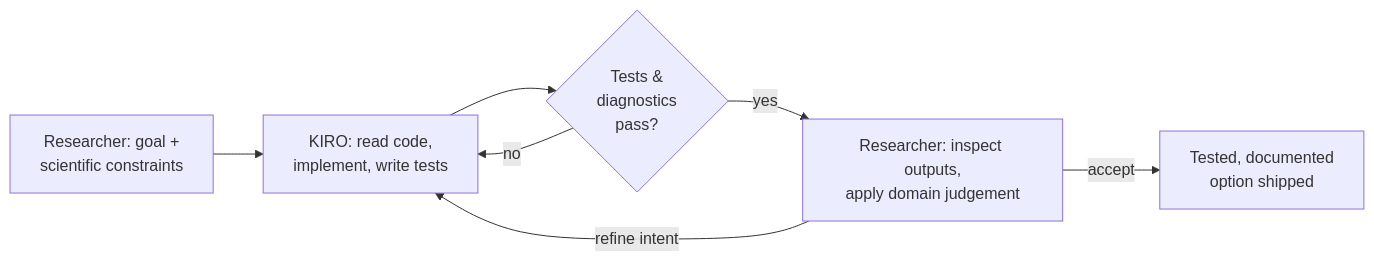
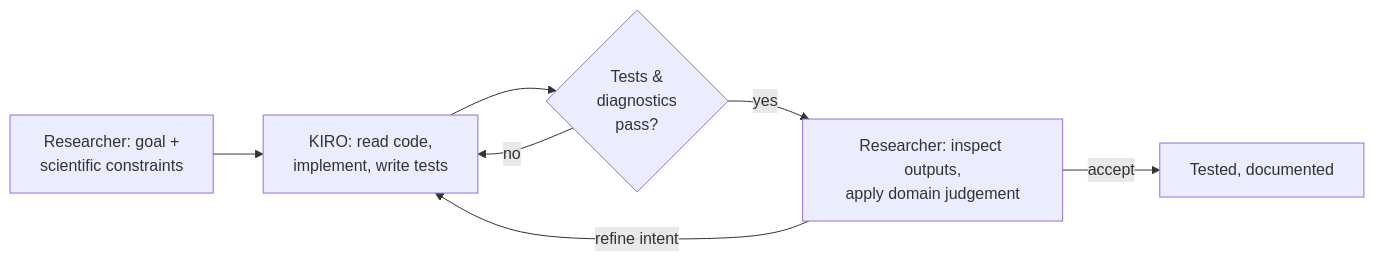
The second of 5 diagrams in flowcharts.md (TBreure/DayCent_emulator), drawn with Mermaid before and after one commit. The commit also changed other lines of this file, not shown here.

````diff
--- a/flowcharts.md
+++ b/flowcharts.md
@@ -34,9 +34,9 @@
 ```mermaid
 flowchart LR
     H1["Researcher: goal +<br/>scientific constraints"] --> AG["KIRO: read code,<br/>implement, write tests"]
     AG --> V{"Tests &<br/>diagnostics<br/>pass?"}
     V -- no --> AG
     V -- yes --> H2["Researcher: inspect outputs,<br/>apply domain judgement"]
     H2 -- "refine intent" --> AG
-    H2 -- "accept" --> DONE["Tested, documented<br/>option shipped"]
+    H2 -- "accept" --> DONE["Tested, documented"]
 ```
````
